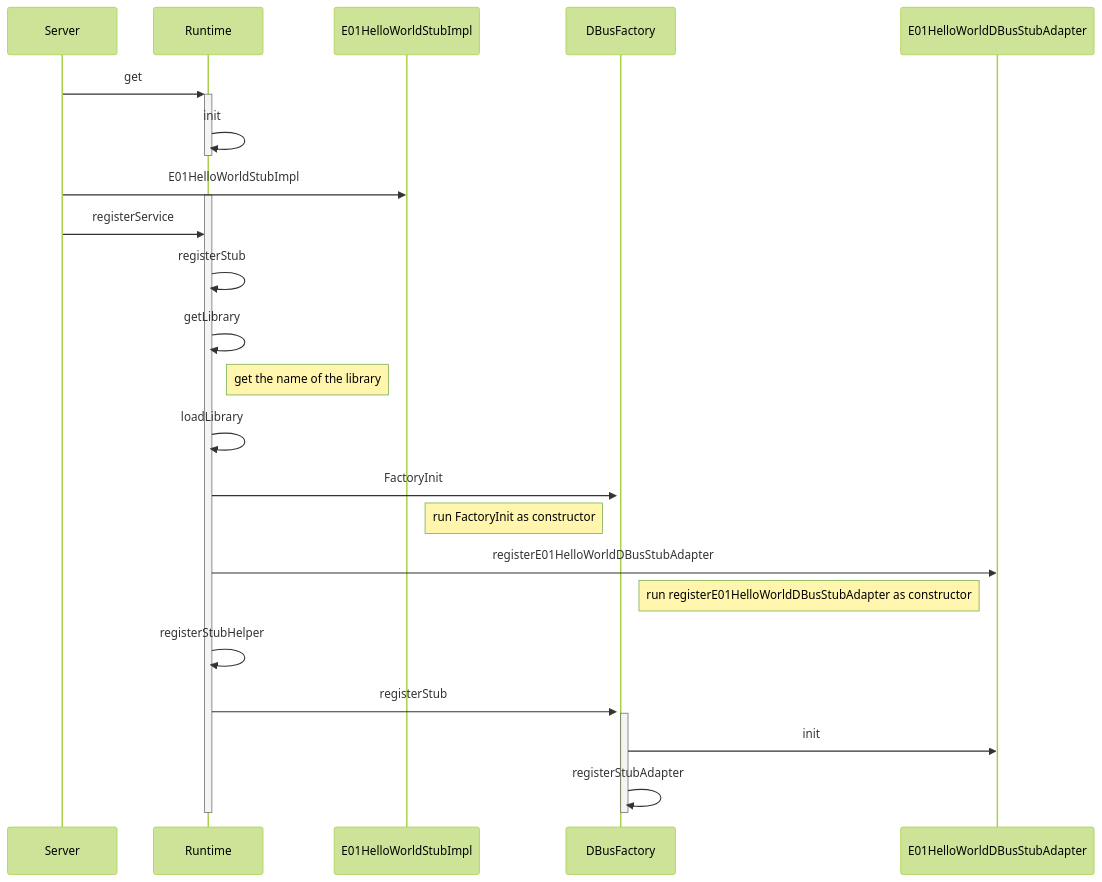
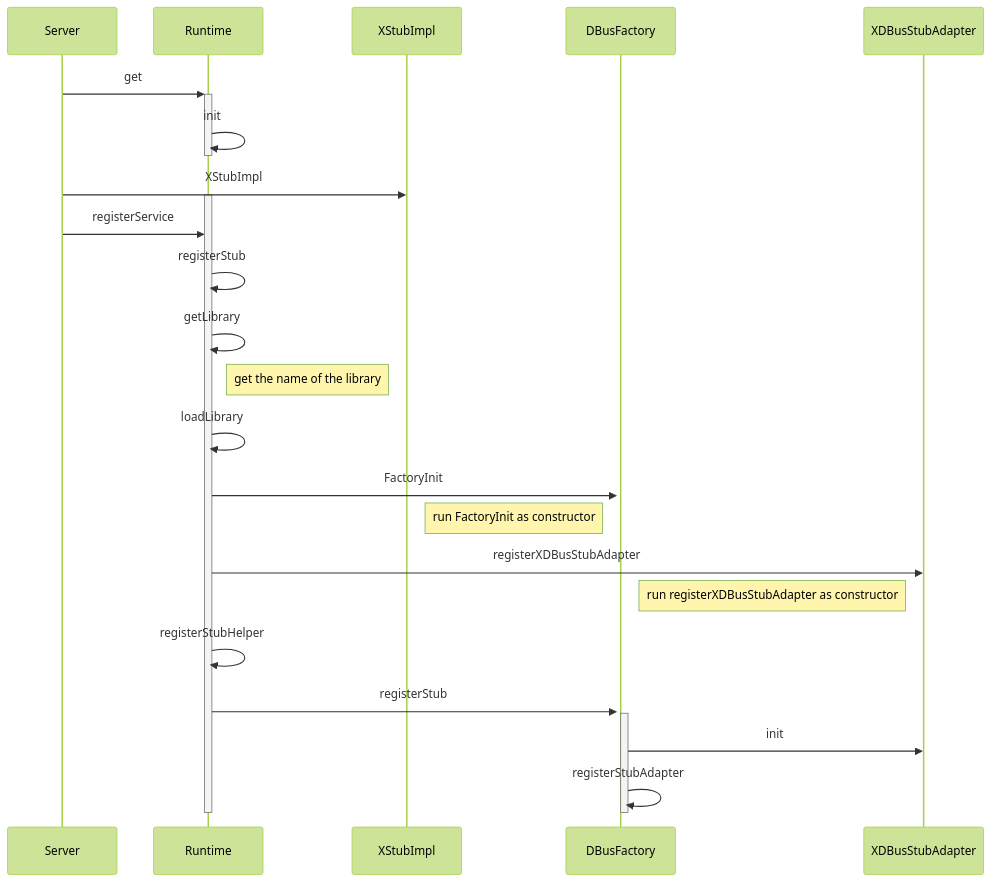
Before and after one commit to zeerd/zeerd.github.io: the first of 5 diagrams in _posts/2018-10-23-capicxx-example-helloworld.md, drawn with Mermaid (forest theme). The commit also changed other lines of this file, not shown here.

````diff
--- a/_posts/2018-10-23-capicxx-example-helloworld.md
+++ b/_posts/2018-10-23-capicxx-example-helloworld.md
@@ -14,22 +15,22 @@
 ```mermaid
 sequenceDiagram
 
     Server ->> +Runtime : get
     Runtime ->> -Runtime : init
-    Server ->> E01HelloWorldStubImpl : E01HelloWorldStubImpl
+    Server ->> XStubImpl : XStubImpl
     activate Runtime
     Server ->> Runtime : registerService
     Runtime ->> Runtime : registerStub
     Runtime ->> Runtime : getLibrary
     Note right of Runtime: get the name of the library
     Runtime ->> Runtime : loadLibrary
     Runtime ->> +DBusFactory : FactoryInit
     Note left of DBusFactory : run FactoryInit as constructor
-    Runtime ->> E01HelloWorldDBusStubAdapter : registerE01HelloWorldDBusStubAdapter
-    Note left of E01HelloWorldDBusStubAdapter : run registerE01HelloWorldDBusStubAdapter as constructor
+    Runtime ->> XDBusStubAdapter : registerXDBusStubAdapter
+    Note left of XDBusStubAdapter : run registerXDBusStubAdapter as constructor
     Runtime ->> Runtime : registerStubHelper
     Runtime ->> +DBusFactory : registerStub
-    DBusFactory ->> E01HelloWorldDBusStubAdapter : init
+    DBusFactory ->> XDBusStubAdapter : init
     DBusFactory ->> -DBusFactory : registerStubAdapter
     deactivate Runtime
 ```
````
